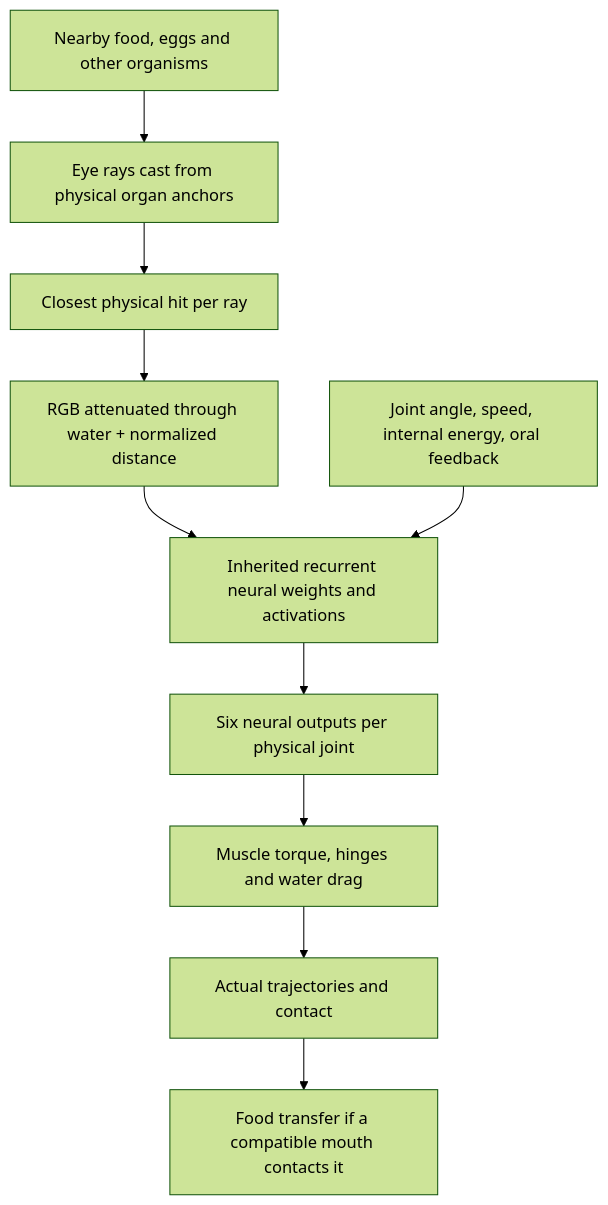
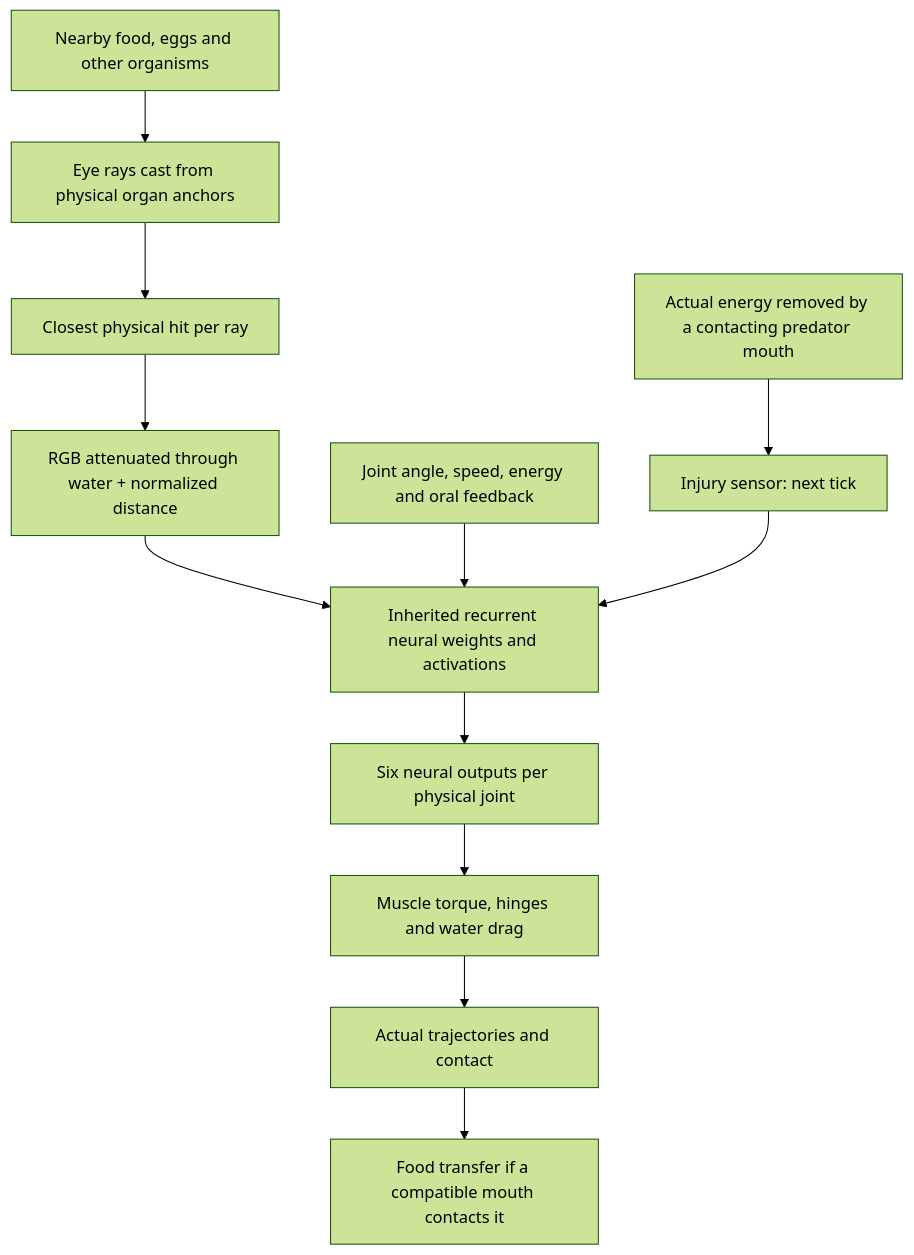
The diagram in docs/wiki/Sensory-Behavior.md (hernansgarro/vidAI), drawn with Mermaid (forest theme) before and after one commit. The commit also changed other lines of this file, not shown here.

Commit message:
Update live Wiki source with current real-bite somatic sensor and its limits

````diff
--- a/docs/wiki/Sensory-Behavior.md
+++ b/docs/wiki/Sensory-Behavior.md
@@ -7,12 +7,14 @@
 ```mermaid
 flowchart TD
   O[Nearby food, eggs and other organisms] --> R[Eye rays cast from physical organ anchors]
   R --> A[Closest physical hit per ray]
   A --> C[RGB attenuated through water + normalized distance]
   C --> N[Inherited recurrent neural weights and activations]
-  F[Joint angle, speed, internal energy, oral feedback] --> N
+  F[Joint angle, speed, energy and oral feedback] --> N
+  Bite[Actual energy removed by a contacting predator mouth] --> S[Injury sensor: next tick]
+  S --> N
   N --> M[Six neural outputs per physical joint]
   M --> H[Muscle torque, hinges and water drag]
   H --> P[Actual trajectories and contact]
   P --> E[Food transfer if a compatible mouth contacts it]
 ```
````
